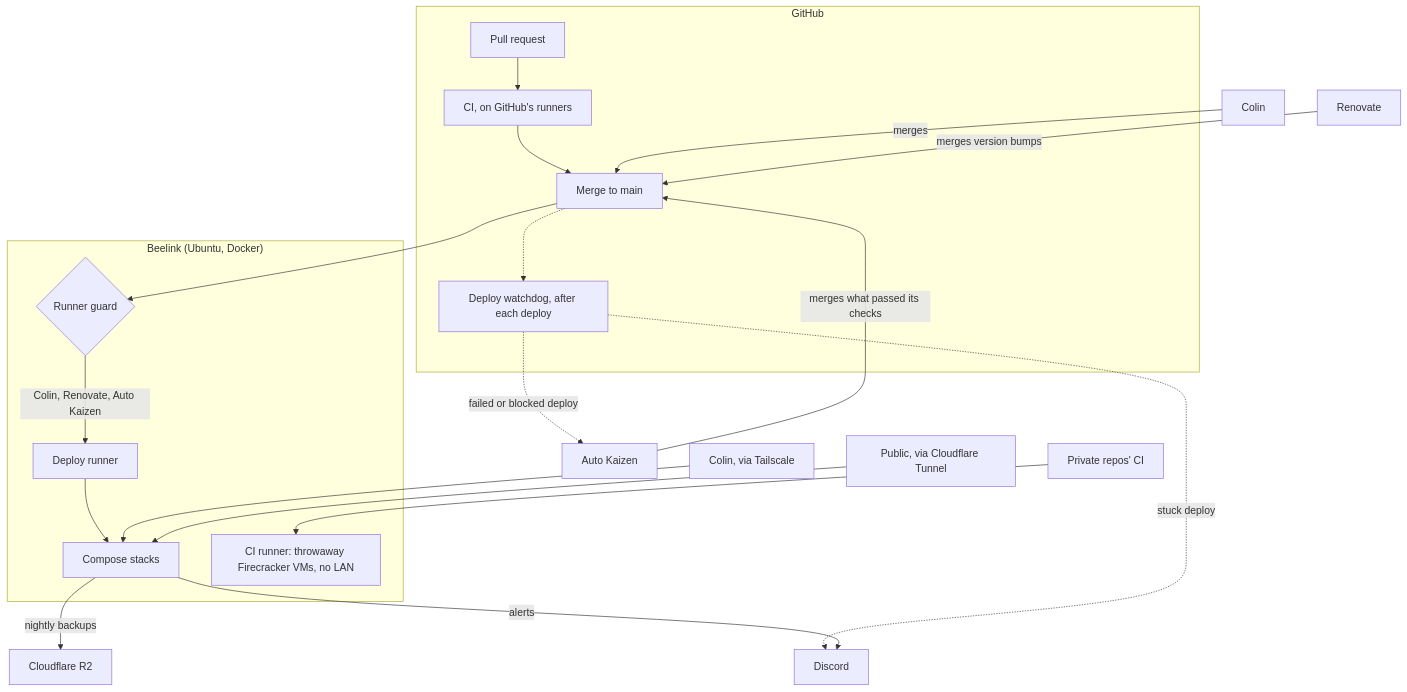
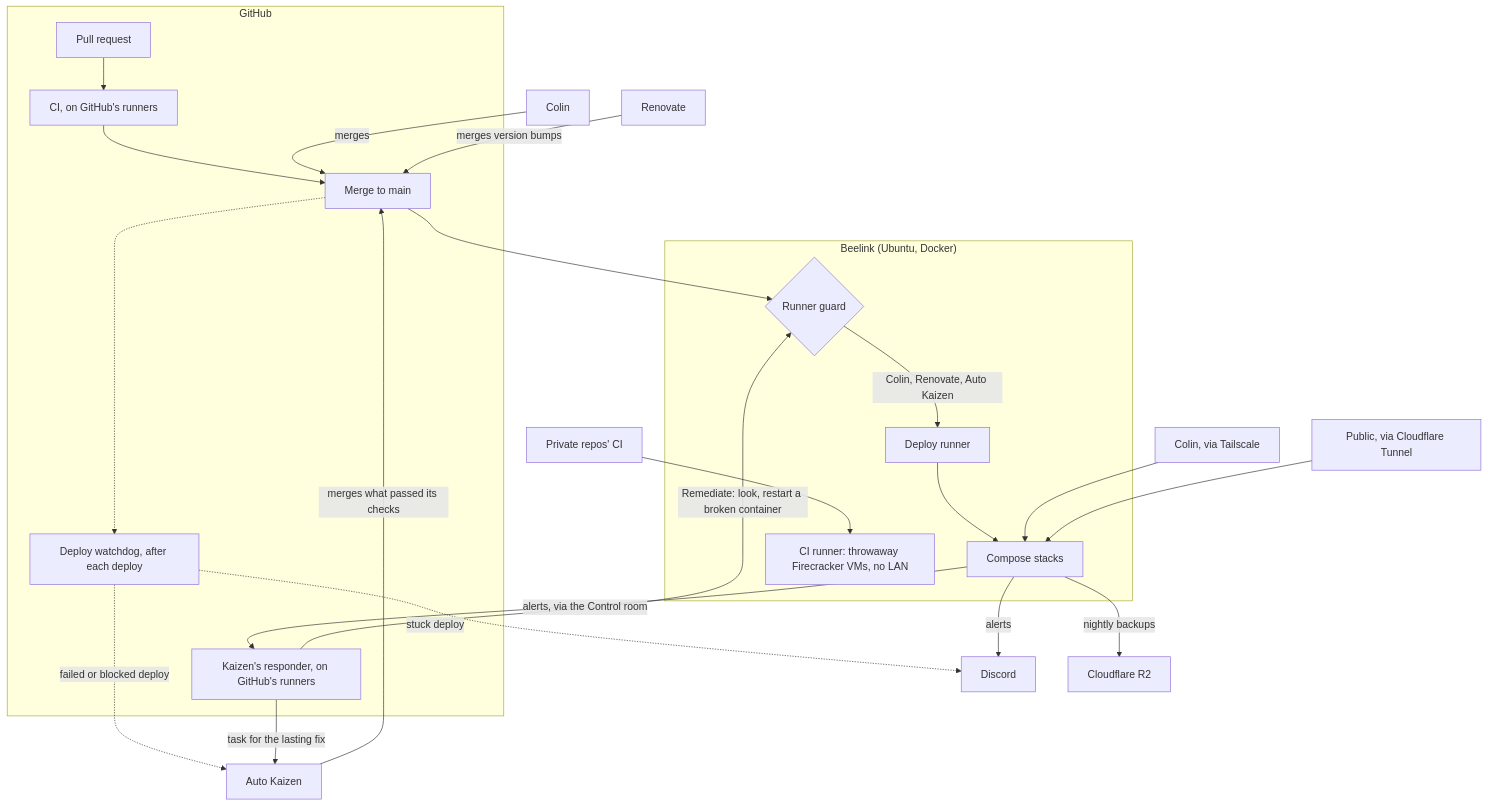
Before and after one commit to ColinCee/homelab: the diagram in docs/architecture.md, drawn with Mermaid. The commit also changed other lines of this file and 18 other files, not shown here.

First line of the commit message:
Alerts are answered by Auto Kaizen's responder (#717)

````diff
--- a/docs/architecture.md
+++ b/docs/architecture.md
@@ -5,26 +5,30 @@
 ```mermaid
 flowchart TB
   subgraph GitHub
     pr[Pull request] --> ci[CI, on GitHub's runners]
     ci --> main[Merge to main]
     watchdog[Deploy watchdog, after each deploy]
+    responder[Kaizen's responder, on GitHub's runners]
   end
   subgraph Beelink["Beelink (Ubuntu, Docker)"]
     guard{Runner guard}
     deploy[Deploy runner]
     stacks[Compose stacks]
     cirunner[CI runner: throwaway Firecracker VMs, no LAN]
   end
   colin[Colin] -->|merges| main
   renovate[Renovate] -->|merges version bumps| main
   kaizen[Auto Kaizen] -->|merges what passed its checks| main
   main --> guard -->|Colin, Renovate, Auto Kaizen| deploy --> stacks
   main -.-> watchdog
   watchdog -.->|failed or blocked deploy| kaizen
   watchdog -.->|stuck deploy| discord
   privaterepos[Private repos' CI] --> cirunner
   you[Colin, via Tailscale] --> stacks
   public[Public, via Cloudflare Tunnel] --> stacks
   stacks -->|nightly backups| r2[Cloudflare R2]
   stacks -->|alerts| discord[Discord]
+  stacks -->|alerts, via the Control room| responder
+  responder -->|Remediate: look, restart a broken container| guard
+  responder -->|task for the lasting fix| kaizen
 ```
````
